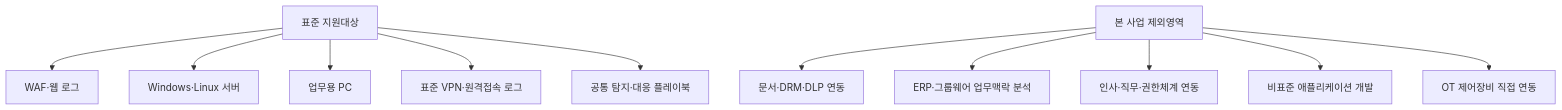
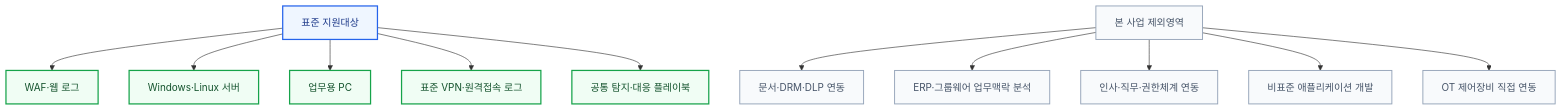
The third of 8 diagrams in ko/proposal/kwater/kwater-full.md (qubitsec/plura), drawn with Mermaid before and after one commit. The commit also changed other lines of this file, not shown here.

````diff
--- a/ko/proposal/kwater/kwater-full.md
+++ b/ko/proposal/kwater/kwater-full.md
@@ -368,16 +374,24 @@
 ```mermaid
 flowchart TB
     A["표준 지원대상"]
     A --> B["WAF·웹 로그"]
     A --> C["Windows·Linux 서버"]
     A --> D["업무용 PC"]
     A --> E["표준 VPN·원격접속 로그"]
     A --> F["공통 탐지·대응 플레이북"]
 
     G["본 사업 제외영역"]
     G --> H["문서·DRM·DLP 연동"]
     G --> I["ERP·그룹웨어 업무맥락 분석"]
     G --> J["인사·직무·권한체계 연동"]
     G --> K["비표준 애플리케이션 개발"]
     G --> L["OT 제어장비 직접 연동"]
+
+    classDef standard fill:#eff6ff,stroke:#2563eb,stroke-width:2px,color:#1e3a8a;
+    classDef operation fill:#f0fdf4,stroke:#16a34a,stroke-width:2px,color:#14532d;
+    classDef excluded fill:#f8fafc,stroke:#94a3b8,stroke-width:1.5px,color:#475569;
+
+    class A standard;
+    class B,C,D,E,F operation;
+    class G,H,I,J,K,L excluded;
 ```
````
